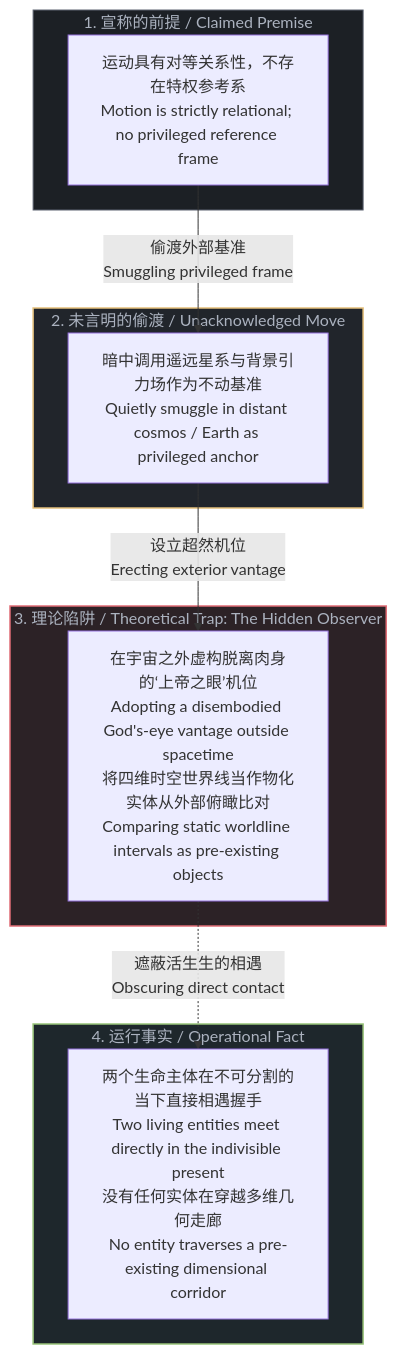
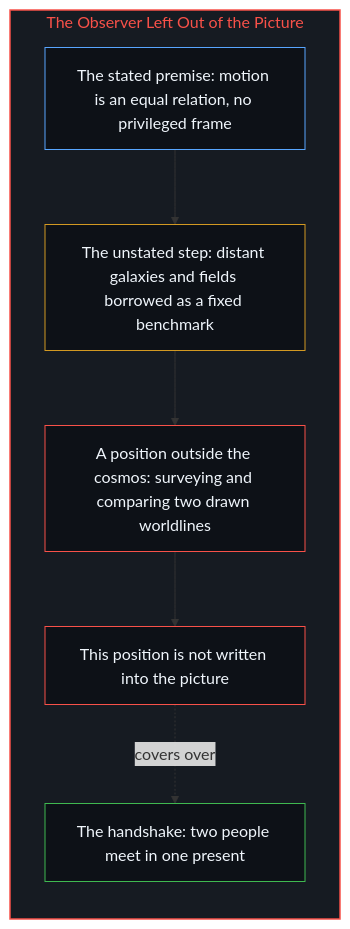
Before and after one commit to powerpig99/not-a-toe: the fourth of 18 diagrams in content/posts/the-twin-paradox-and-the-hidden-observer.md, drawn with Mermaid. The commit also changed other lines of this file and 3 other files, not shown here.

Commit message:
Refine the-twin-paradox-and-the-hidden-observer: alternating bilingual layout, nine paired diagrams, projected time and lived time, implicit first person

````diff
--- a/content/posts/the-twin-paradox-and-the-hidden-observer.md
+++ b/content/posts/the-twin-paradox-and-the-hidden-observer.md
@@ -75,27 +110,22 @@
 ```mermaid
-graph TD
-    subgraph S1["1. 宣称的前提 / Claimed Premise"]
-        P1["运动具有对等关系性，不存在特权参考系<br>Motion is strictly relational; no privileged reference frame"]
+flowchart TD
+    subgraph S_Hidden["The Observer Left Out of the Picture"]
+        direction TB
+        Claim["The stated premise: motion is an equal relation, no privileged frame"]
+        Borrow["The unstated step: distant galaxies and fields borrowed as a fixed benchmark"]
+        Outside["A position outside the cosmos: surveying and comparing two drawn worldlines"]
+        Left["This position is not written into the picture"]
+        Meet["The handshake: two people meet in one present"]
+        Claim --> Borrow
+        Borrow --> Outside
+        Outside --> Left
+        Left -.->|"covers over"| Meet
     end
 
-    subgraph S2["2. 未言明的偷渡 / Unacknowledged Move"]
-        P2["暗中调用遥远星系与背景引力场作为不动基准<br>Quietly smuggle in distant cosmos / Earth as privileged anchor"]
-    end
-
-    subgraph S3["3. 理论陷阱 / Theoretical Trap: The Hidden Observer"]
-        P3["在宇宙之外虚构脱离肉身的‘上帝之眼’机位<br>Adopting a disembodied God's-eye vantage outside spacetime<br>将四维时空世界线当作物化实体从外部俯瞰比对<br>Comparing static worldline intervals as pre-existing objects"]
-    end
-
-    subgraph S4["4. 运行事实 / Operational Fact"]
-        P4["两个生命主体在不可分割的当下直接相遇握手<br>Two living entities meet directly in the indivisible present<br>没有任何实体在穿越多维几何走廊<br>No entity traverses a pre-existing dimensional corridor"]
-    end
-
-    P1 -->|"偷渡外部基准<br>Smuggling privileged frame"| P2
-    P2 -->|"设立超然机位<br>Erecting exterior vantage"| P3
-    P3 -.->|"遮蔽活生生的相遇<br>Obscuring direct contact"| P4
-
-    style S1 fill:#1c2025,stroke:#5c6370,color:#abb2bf
-    style S2 fill:#21252b,stroke:#e5c07b,stroke-width:1.5px,color:#abb2bf
-    style S3 fill:#2c2226,stroke:#e06c75,stroke-width:1.5px,color:#abb2bf
-    style S4 fill:#1e272c,stroke:#98c379,stroke-width:1.5px,color:#abb2bf
+    style S_Hidden fill:#161b22,stroke:#f85149,stroke-width:1.5px,color:#f85149
+    style Claim fill:#0d1117,stroke:#58a6ff,stroke-width:1px,color:#f0f6fc
+    style Borrow fill:#0d1117,stroke:#d29922,stroke-width:1px,color:#f0f6fc
+    style Outside fill:#0d1117,stroke:#f85149,stroke-width:1px,color:#f0f6fc
+    style Left fill:#0d1117,stroke:#f85149,stroke-width:1px,color:#f0f6fc
+    style Meet fill:#0d1117,stroke:#3fb950,stroke-width:1px,color:#f0f6fc
 ```
````
